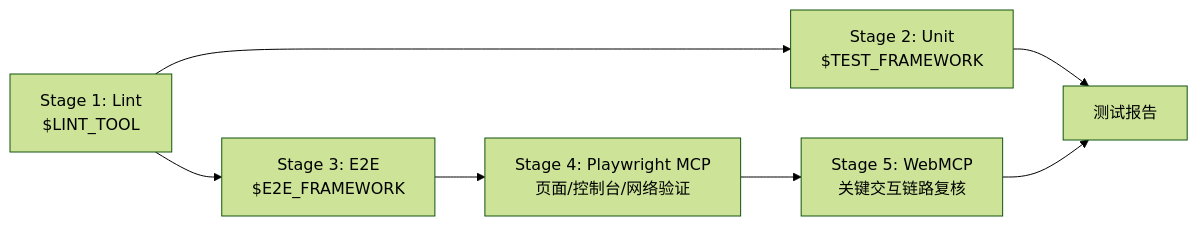
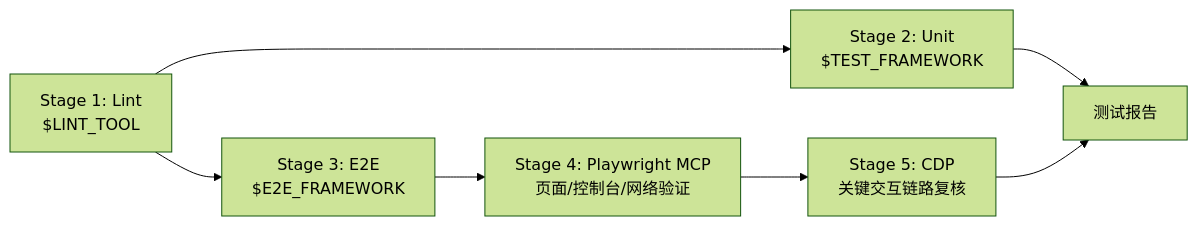
The diagram in sdlc-workflow/references/test-pipeline.md (evan-taojiangcb/sdlc-workflow), drawn with Mermaid (forest theme) before and after one commit. The commit also changed other lines of this file and 29 other files, not shown here.

````diff
--- a/sdlc-workflow/references/test-pipeline.md
+++ b/sdlc-workflow/references/test-pipeline.md
@@ -17,15 +17,15 @@
 ```mermaid
 graph LR
     LINT["Stage 1: Lint<br/>$LINT_TOOL"]
     UNIT["Stage 2: Unit<br/>$TEST_FRAMEWORK"]
     E2E["Stage 3: E2E<br/>$E2E_FRAMEWORK"]
     CHROME["Stage 4: Playwright MCP<br/>页面/控制台/网络验证"]
-    WEBMCP["Stage 5: WebMCP<br/>关键交互链路复核"]
+    CDP_NODE["Stage 5: CDP<br/>关键交互链路复核"]
 
     LINT --> UNIT
     LINT --> E2E
     UNIT --> REPORT["测试报告"]
     E2E --> CHROME
-    CHROME --> WEBMCP
-    WEBMCP --> REPORT
+    CHROME --> CDP_NODE
+    CDP_NODE --> REPORT
 ```
````
